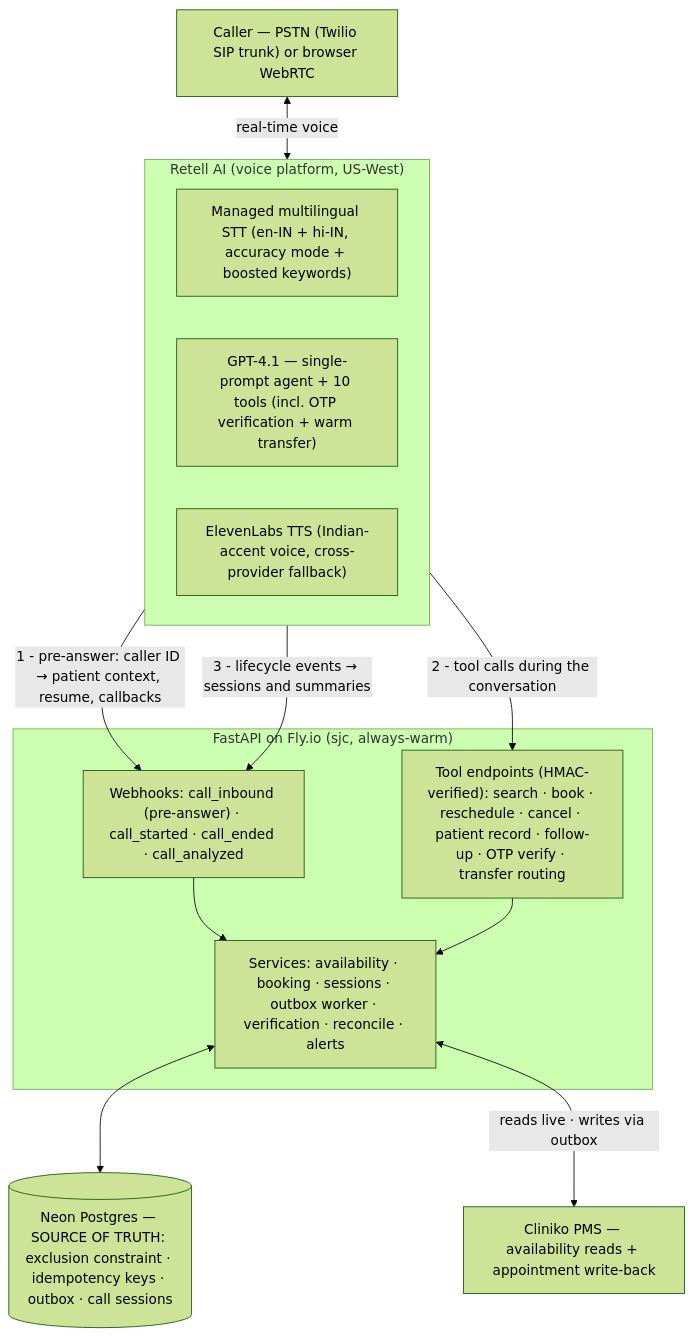
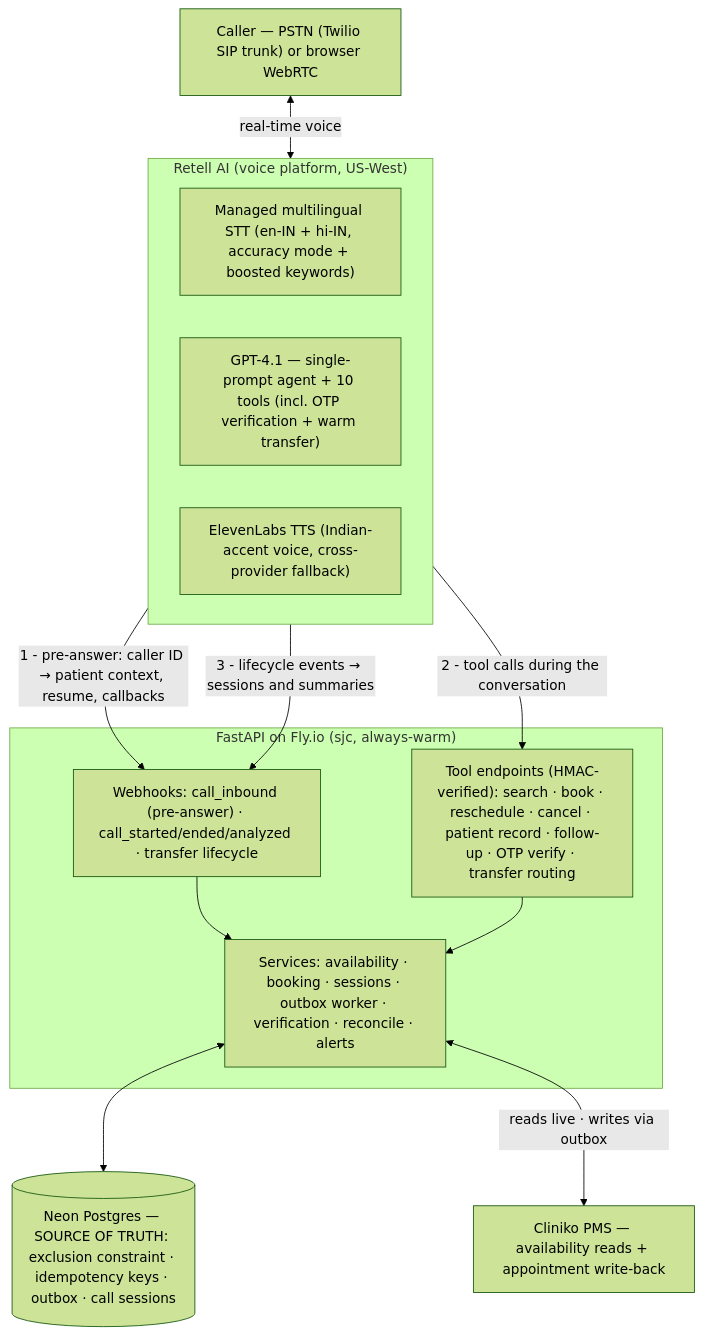
One commit to amit-badave-04/clinic-voice-agent changed the first of 3 diagrams in README.md. Above: the diagram before and after it, drawn with Mermaid (forest theme). The commit also changed other lines of this file and 2 other files, not shown here.

First line of the commit message:
Final eval evidence (judges on) + diagram and repo-map accuracy pass

````diff
--- a/README.md
+++ b/README.md
@@ -91,28 +91,28 @@
 ```mermaid
 flowchart TB
     Caller["Caller — PSTN (Twilio SIP trunk) or browser WebRTC"]
 
     subgraph Retell["Retell AI (voice platform, US-West)"]
         STT["Managed multilingual STT (en-IN + hi-IN, accuracy mode + boosted keywords)"]
         LLM["GPT-4.1 — single-prompt agent + 10 tools (incl. OTP verification + warm transfer)"]
         TTS["ElevenLabs TTS (Indian-accent voice, cross-provider fallback)"]
     end
 
     subgraph Backend["FastAPI on Fly.io (sjc, always-warm)"]
-        WH["Webhooks: call_inbound (pre-answer) · call_started · call_ended · call_analyzed"]
+        WH["Webhooks: call_inbound (pre-answer) · call_started/ended/analyzed · transfer lifecycle"]
         Tools["Tool endpoints (HMAC-verified): search · book · reschedule · cancel · patient record · follow-up · OTP verify · transfer routing"]
         SVC["Services: availability · booking · sessions · outbox worker · verification · reconcile · alerts"]
     end
 
     DB[("Neon Postgres — SOURCE OF TRUTH: exclusion constraint · idempotency keys · outbox · call sessions")]
     PMS["Cliniko PMS — availability reads + appointment write-back"]
 
     Caller <-->|"real-time voice"| Retell
     Retell -->|"1 - pre-answer: caller ID → patient context, resume, callbacks"| WH
     Retell -->|"2 - tool calls during the conversation"| Tools
     Retell -->|"3 - lifecycle events → sessions and summaries"| WH
     WH --> SVC
     Tools --> SVC
     SVC <--> DB
     SVC <-->|"reads live · writes via outbox"| PMS
 ```
````
